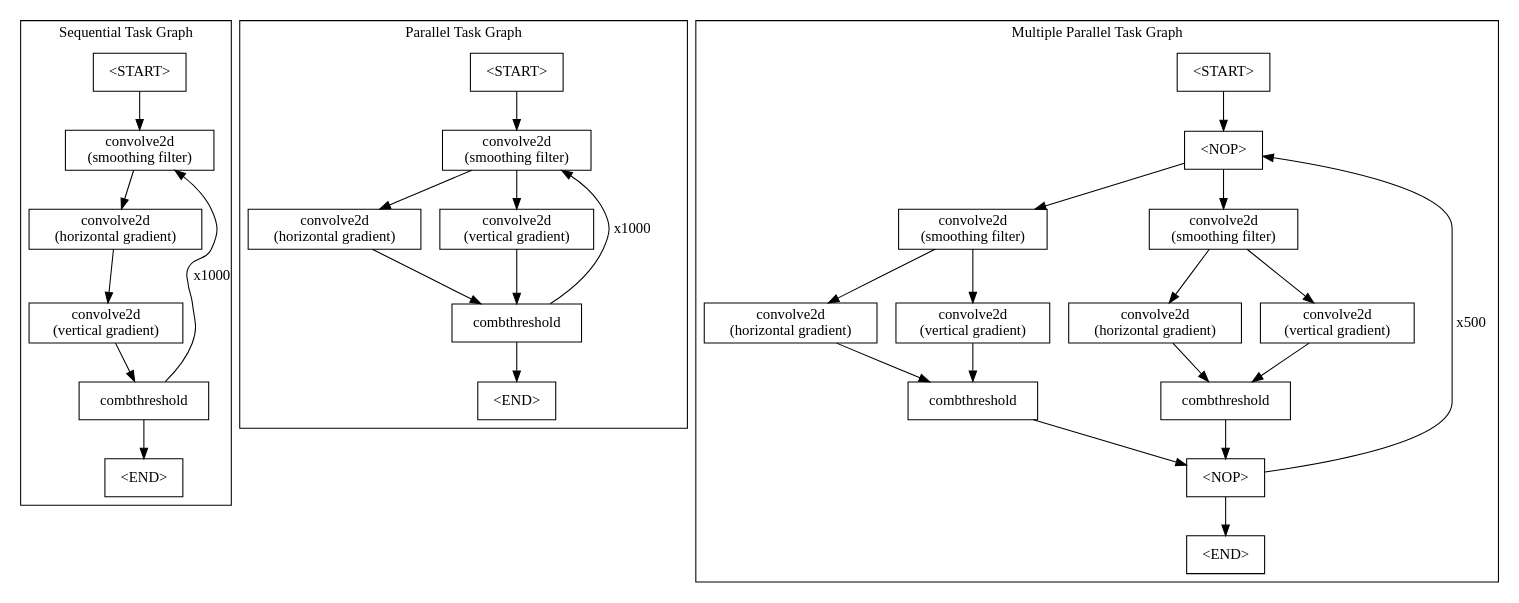
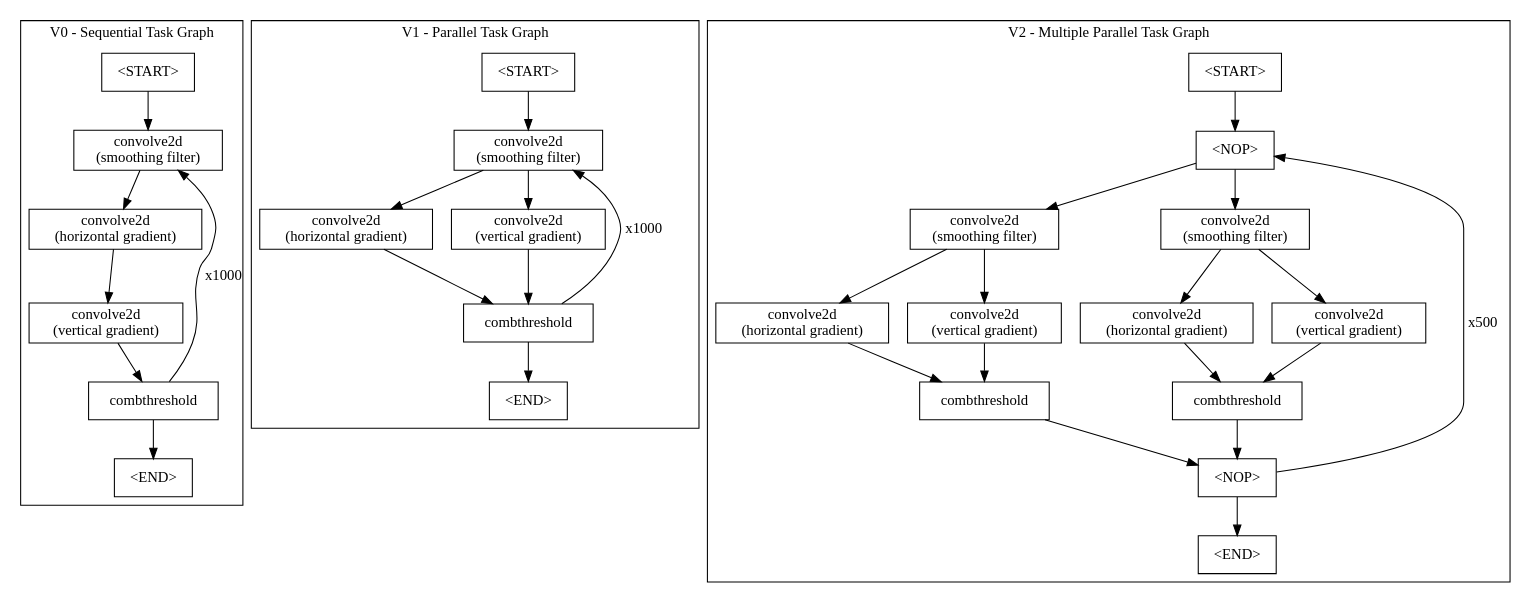
Before and after one commit to tiagolascasas/wonderland: the diagram in VitisEdgeDetect/src/taskgraph.dot, drawn with Graphviz. The commit also changed 4 other files, not shown here.

```diff
--- a/VitisEdgeDetect/src/taskgraph.dot
+++ b/VitisEdgeDetect/src/taskgraph.dot
@@ -1,83 +1,83 @@
 digraph GN {
     node [shape=rectangle]
 
     subgraph cluster_0 {
-        label="Sequential Task Graph";
+        label="V0 - Sequential Task Graph";
 		shape=rectangle;
         
         TS [label="<START>"]
         T1 [label="convolve2d\n(smoothing filter)"]
         T2 [label="convolve2d\n(horizontal gradient)"]
         T3 [label="convolve2d\n(vertical gradient)"]
         T4 [label="combthreshold"]
         TE [label="<END>"]
 
         TS -> T1
         T1 -> T2
         T2 -> T3
         T3 -> T4
         T4 -> T1 [label="x1000"]
         T4 -> TE
     }
     
     subgraph cluster_1 {
-        label="Parallel Task Graph";
+        label="V1 - Parallel Task Graph";
 		shape=rectangle;
         
         TTS [label="<START>"]
         TT1 [label="convolve2d\n(smoothing filter)"]
         TT2 [label="convolve2d\n(horizontal gradient)"]
         TT3 [label="convolve2d\n(vertical gradient)"]
         TT4 [label="combthreshold"]
         TTE [label="<END>"]
 
         TTS -> TT1
         TT1 -> TT2
         TT1 -> TT3
         TT2 -> TT4
         TT3 -> TT4
         TT4 -> TT1 [label="x1000"]
         TT4 -> TTE
     }
     
     subgraph cluster_2 {
-        label="Multiple Parallel Task Graph";
+        label="V2 - Multiple Parallel Task Graph";
 		shape=rectangle;
         
         TTTS [label="<START>"]
         TTTF1 [label="<NOP>"]
         TTTF2 [label="<NOP>"]
         
         TTT1 [label="convolve2d\n(smoothing filter)"]
         TTT2 [label="convolve2d\n(horizontal gradient)"]
         TTT3 [label="convolve2d\n(vertical gradient)"]
         TTT4 [label="combthreshold"]
         
         TTT5 [label="convolve2d\n(smoothing filter)"]
         TTT6 [label="convolve2d\n(horizontal gradient)"]
         TTT7 [label="convolve2d\n(vertical gradient)"]
         TTT8 [label="combthreshold"]
         
         TTTE [label="<END>"]
 
         TTTS -> TTTF1
         
         TTTF1 -> TTT1
         TTT1 -> TTT2
         TTT2 -> TTT4
         TTT1 -> TTT3
         TTT3 -> TTT4
         TTT4 -> TTTF2
         
         TTTF1 -> TTT5
         TTT5 -> TTT6
         TTT6 -> TTT8
         TTT5 -> TTT7
         TTT7 -> TTT8
         TTT8 -> TTTF2
         
         TTTF2 -> TTTF1 [label="x500"]
         TTTF2 -> TTTE
 
     }
 }
```
